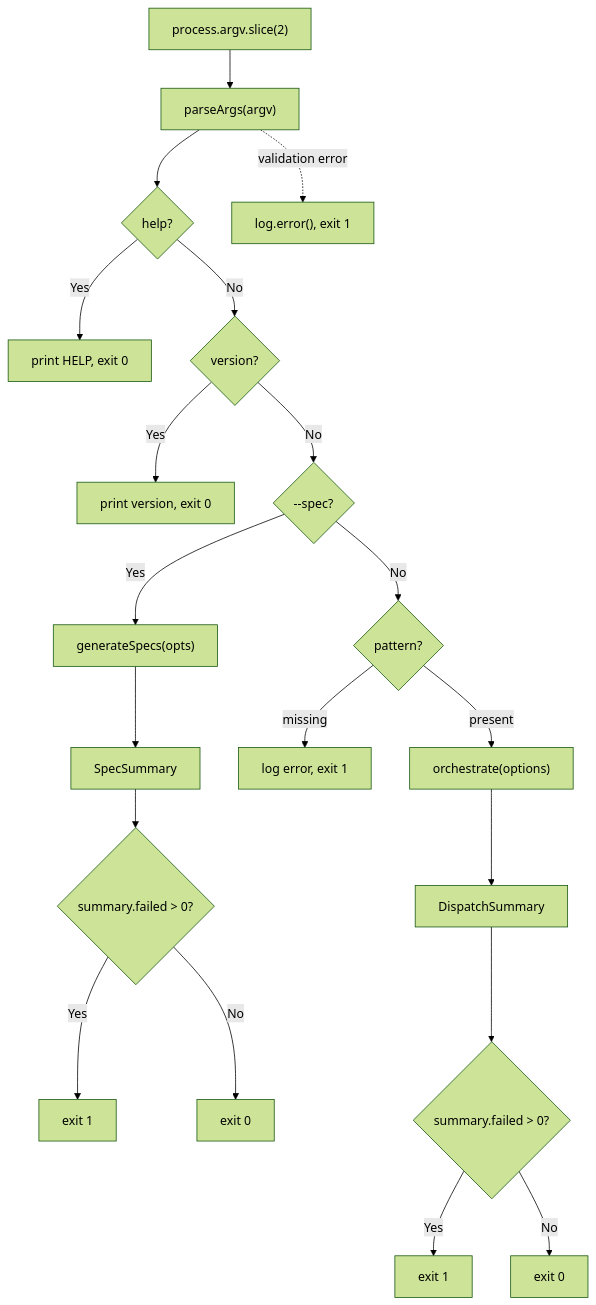
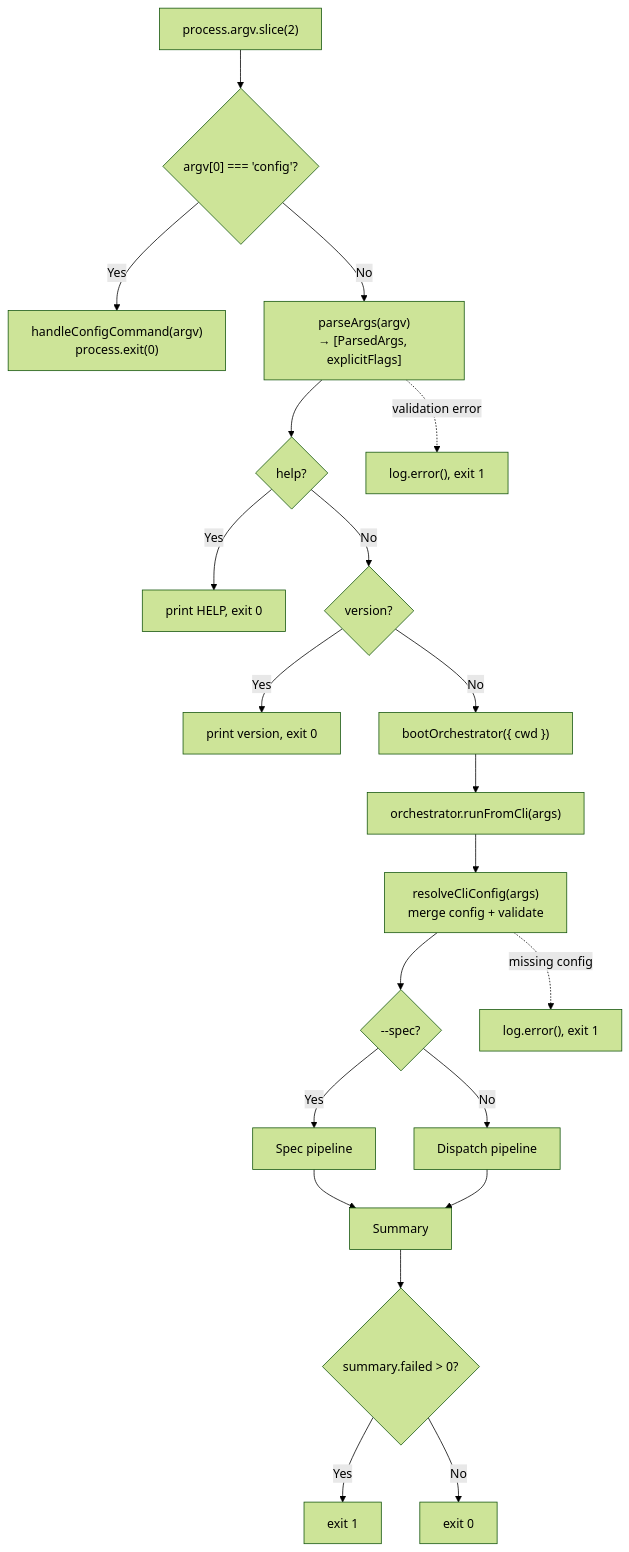
One commit to PatrickRuddiman/Dispatch changed the diagram in docs/cli-orchestration/cli.md. Above: the diagram before and after it, drawn with Mermaid (forest theme). The commit also changed other lines of this file and 37 other files, not shown here.

````diff
--- a/docs/cli-orchestration/cli.md
+++ b/docs/cli-orchestration/cli.md
@@ -211,22 +217,23 @@
 ```mermaid
 flowchart TD
-    A["process.argv.slice(2)"] --> B["parseArgs(argv)"]
-    B --> C{help?}
-    C -->|Yes| D["print HELP, exit 0"]
-    C -->|No| E{version?}
-    E -->|Yes| F["print version, exit 0"]
-    E -->|No| S{"--spec?"}
-    S -->|Yes| T["generateSpecs(opts)"]
-    T --> U["SpecSummary"]
-    U --> V{"summary.failed > 0?"}
-    V -->|Yes| W["exit 1"]
-    V -->|No| X["exit 0"]
-    S -->|No| G{pattern?}
-    G -->|missing| H["log error, exit 1"]
-    G -->|present| I["orchestrate(options)"]
-    I --> J["DispatchSummary"]
-    J --> K{"summary.failed > 0?"}
-    K -->|Yes| L["exit 1"]
-    K -->|No| M["exit 0"]
-    B -.->|validation error| N["log.error(), exit 1"]
+    A["process.argv.slice(2)"] --> B{"argv[0] === 'config'?"}
+    B -->|Yes| C["handleConfigCommand(argv)<br/>process.exit(0)"]
+    B -->|No| D["parseArgs(argv)<br/>→ [ParsedArgs, explicitFlags]"]
+    D --> E{"help?"}
+    E -->|Yes| F["print HELP, exit 0"]
+    E -->|No| G{"version?"}
+    G -->|Yes| H["print version, exit 0"]
+    G -->|No| I["bootOrchestrator({ cwd })"]
+    I --> J["orchestrator.runFromCli(args)"]
+    J --> K["resolveCliConfig(args)<br/>merge config + validate"]
+    K --> L{"--spec?"}
+    L -->|Yes| M["Spec pipeline"]
+    L -->|No| N["Dispatch pipeline"]
+    M --> O["Summary"]
+    N --> O
+    O --> P{"summary.failed > 0?"}
+    P -->|Yes| Q["exit 1"]
+    P -->|No| R["exit 0"]
+    D -.->|validation error| S["log.error(), exit 1"]
+    K -.->|missing config| T["log.error(), exit 1"]
 ```
````
